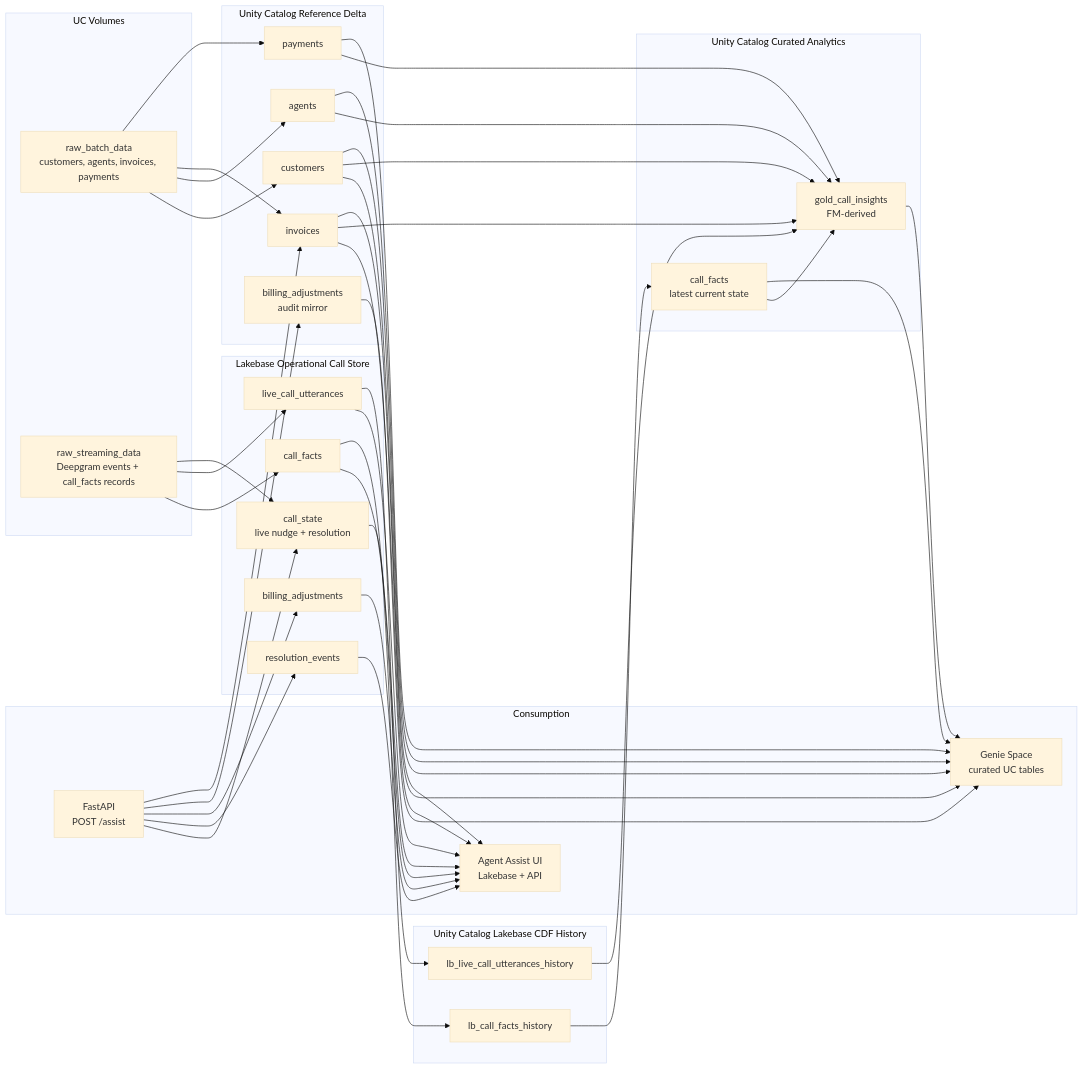
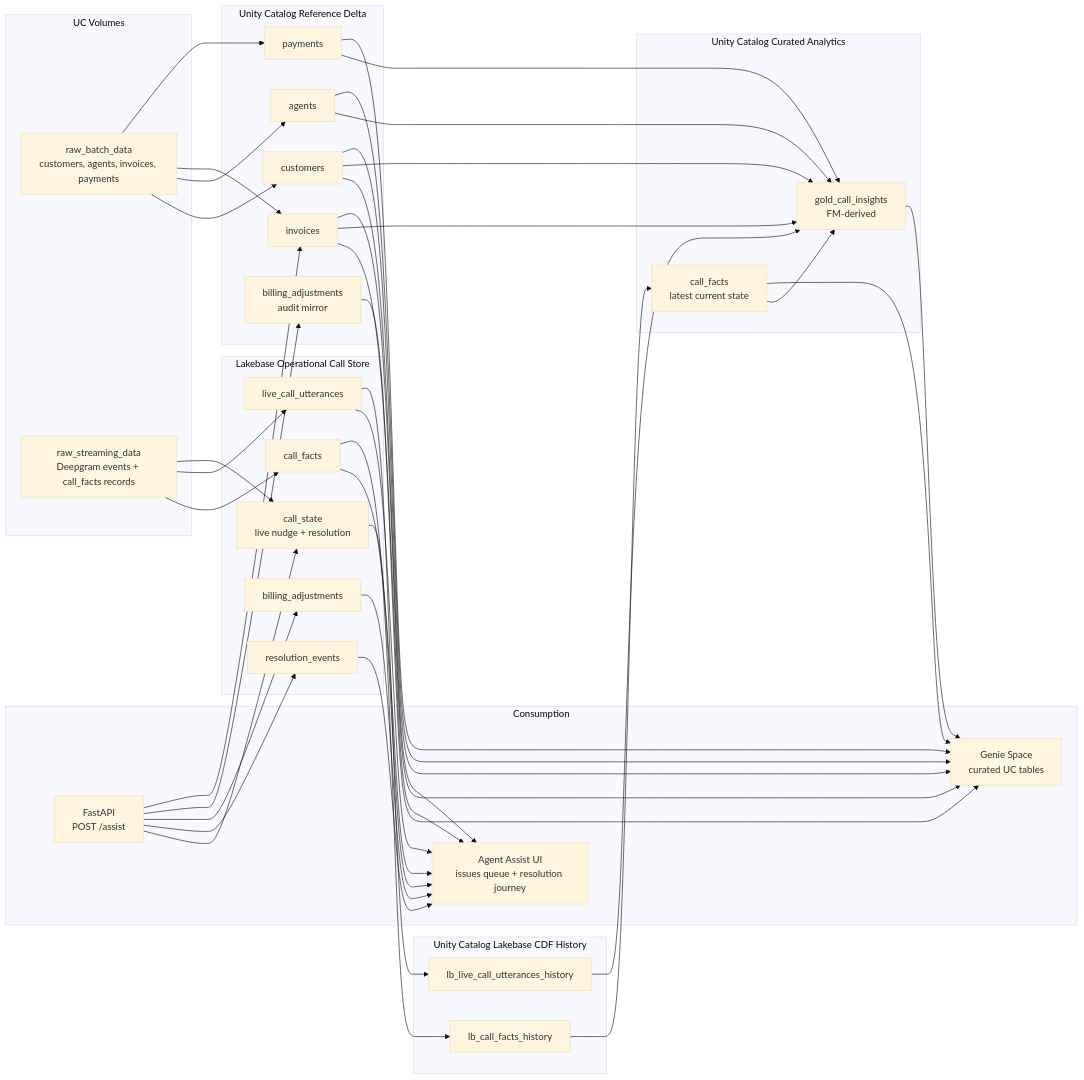
The first of 3 diagrams in docs/ARCHITECTURE.md (suneelsunkara-db/genie-voice-agent), drawn with Mermaid (base theme) before and after one commit. The commit also changed other lines of this file and 11 other files, not shown here.

First line of the commit message:
Add issues queue, resolution journey UI, and FM-based agent replies.

````diff
--- a/docs/ARCHITECTURE.md
+++ b/docs/ARCHITECTURE.md
@@ -16,80 +64,80 @@
 ```mermaid
 flowchart LR
     subgraph RAW["UC Volumes"]
         BATCH["raw_batch_data<br/>customers, agents, invoices, payments"]
         STREAM["raw_streaming_data<br/>Deepgram events + call_facts records"]
     end
 
     subgraph UCREF["Unity Catalog Reference Delta"]
         CUSTOMERS["customers"]
         AGENTS["agents"]
         INVOICES["invoices"]
         PAYMENTS["payments"]
         BILLING["billing_adjustments<br/>audit mirror"]
     end
 
     subgraph LB["Lakebase Operational Call Store"]
         STATE["call_state<br/>live nudge + resolution"]
         LBFacts["call_facts"]
         LBTurns["live_call_utterances"]
         REV["resolution_events"]
         ADJ["billing_adjustments"]
     end
 
     subgraph HIST["Unity Catalog Lakebase CDF History"]
         HFacts["lb_call_facts_history"]
         HTurns["lb_live_call_utterances_history"]
     end
 
     subgraph CURATED["Unity Catalog Curated Analytics"]
         FACTS["call_facts<br/>latest current state"]
         GOLD["gold_call_insights<br/>FM-derived"]
     end
 
     subgraph SERVE["Consumption"]
-        UI["Agent Assist UI<br/>Lakebase + API"]
+        UI["Agent Assist UI<br/>issues queue + resolution journey"]
         API["FastAPI<br/>POST /assist"]
         GENIE["Genie Space<br/>curated UC tables"]
     end
 
     BATCH --> CUSTOMERS
     BATCH --> AGENTS
     BATCH --> INVOICES
     BATCH --> PAYMENTS
 
     STREAM --> LBFacts
     STREAM --> LBTurns
     STREAM --> STATE
 
     API --> STATE
     API --> REV
     API --> ADJ
     API --> BILLING
     API --> INVOICES
     STATE --> UI
     LBFacts --> UI
     LBTurns --> UI
     REV --> UI
     CUSTOMERS --> UI
     INVOICES --> UI
     ADJ --> UI
 
     LBFacts --> HFacts
     LBTurns --> HTurns
     HFacts --> FACTS
     HTurns --> GOLD
 
     CUSTOMERS --> GOLD
     AGENTS --> GOLD
     INVOICES --> GOLD
     PAYMENTS --> GOLD
     FACTS --> GOLD
 
     CUSTOMERS --> GENIE
     AGENTS --> GENIE
     INVOICES --> GENIE
     PAYMENTS --> GENIE
     BILLING --> GENIE
     FACTS --> GENIE
     GOLD --> GENIE
 ```
````
